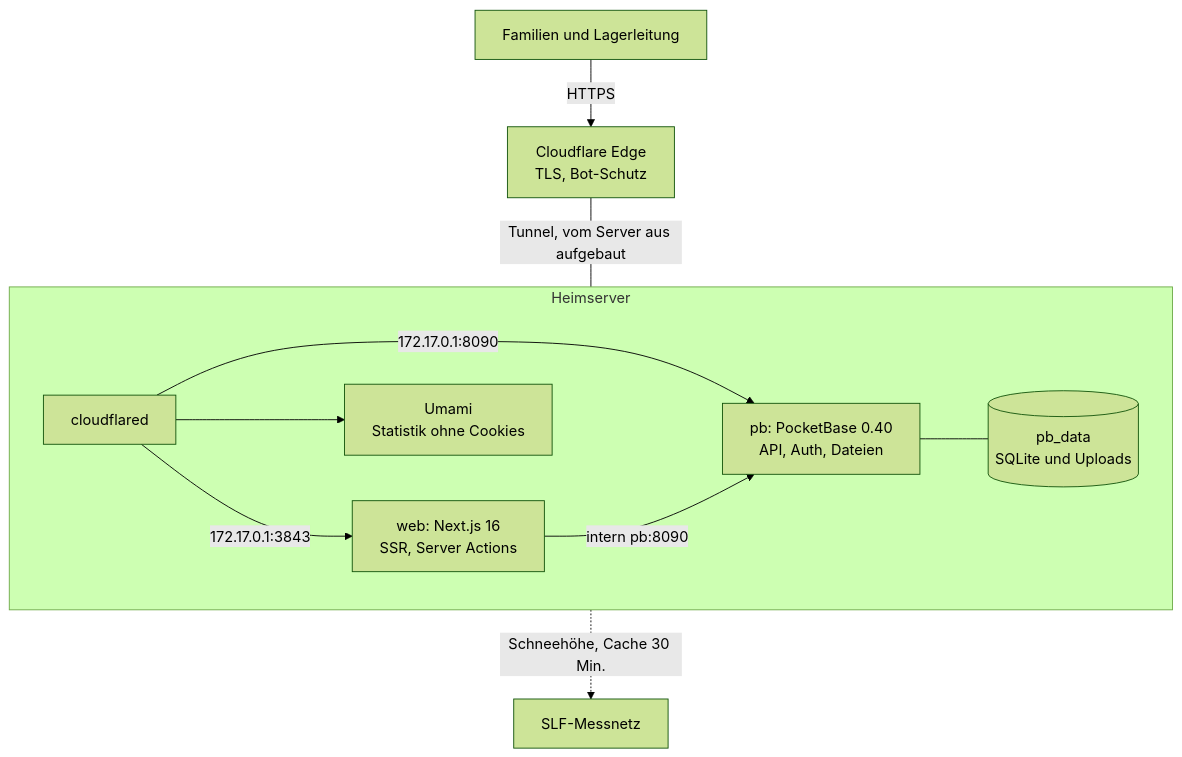
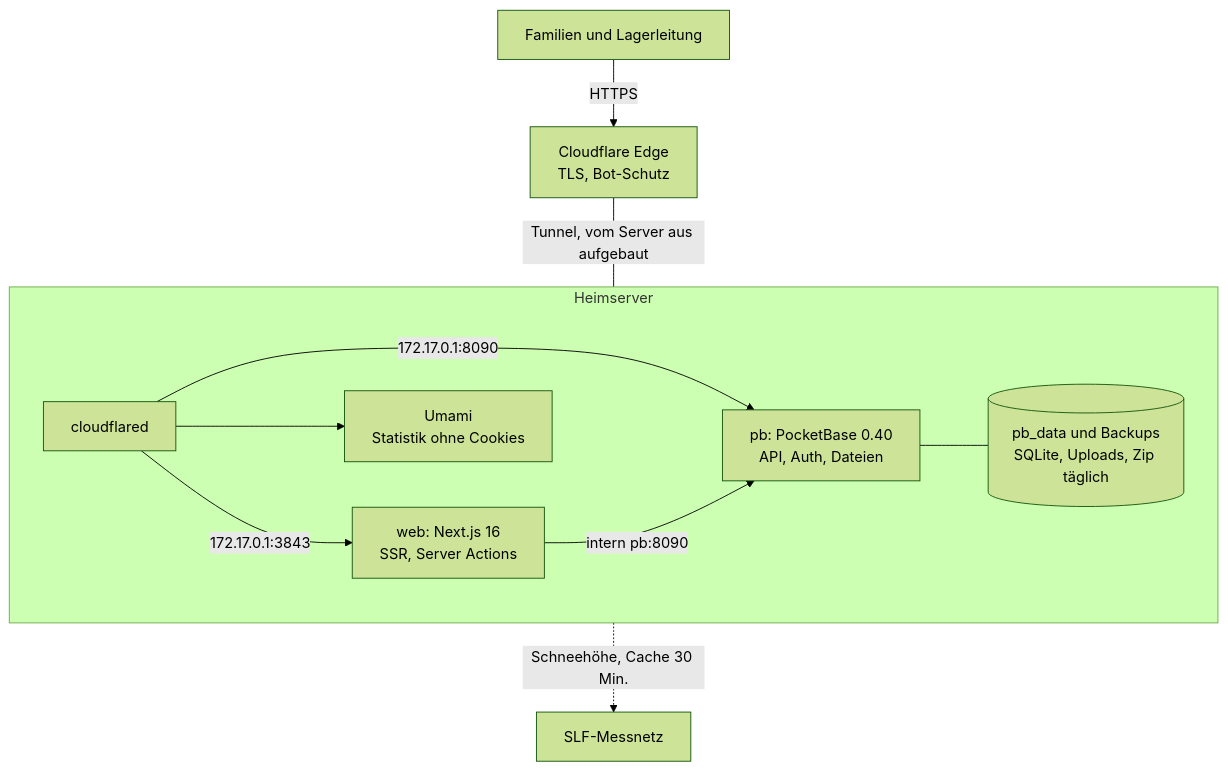
One commit to marcstae/fitundfun-webseite changed the first of 2 diagrams in README.md. Above: the diagram before and after it, drawn with Mermaid (forest theme). The commit also changed other lines of this file and 15 other files, not shown here.

First line of the commit message:
feat: Backups im Cockpit mit Zeitplan, Download, Upload und Wiederherstellung

````diff
--- a/README.md
+++ b/README.md
@@ -42,14 +42,14 @@
 ```mermaid
 flowchart TB
   U["Familien und Lagerleitung"] -->|HTTPS| CF["Cloudflare Edge<br/>TLS, Bot-Schutz"]
   CF ---|"Tunnel, vom Server aus aufgebaut"| H
   subgraph H["Heimserver"]
     direction LR
     T["cloudflared"] -->|"172.17.0.1:3843"| W["web: Next.js 16<br/>SSR, Server Actions"]
     T -->|"172.17.0.1:8090"| P["pb: PocketBase 0.40<br/>API, Auth, Dateien"]
     T --> M["Umami<br/>Statistik ohne Cookies"]
     W -->|"intern pb:8090"| P
-    P --- D[("pb_data<br/>SQLite und Uploads")]
+    P --- D[("pb_data und Backups<br/>SQLite, Uploads, Zip täglich")]
   end
   H -.->|"Schneehöhe, Cache 30 Min."| S["SLF-Messnetz"]
 ```
````
